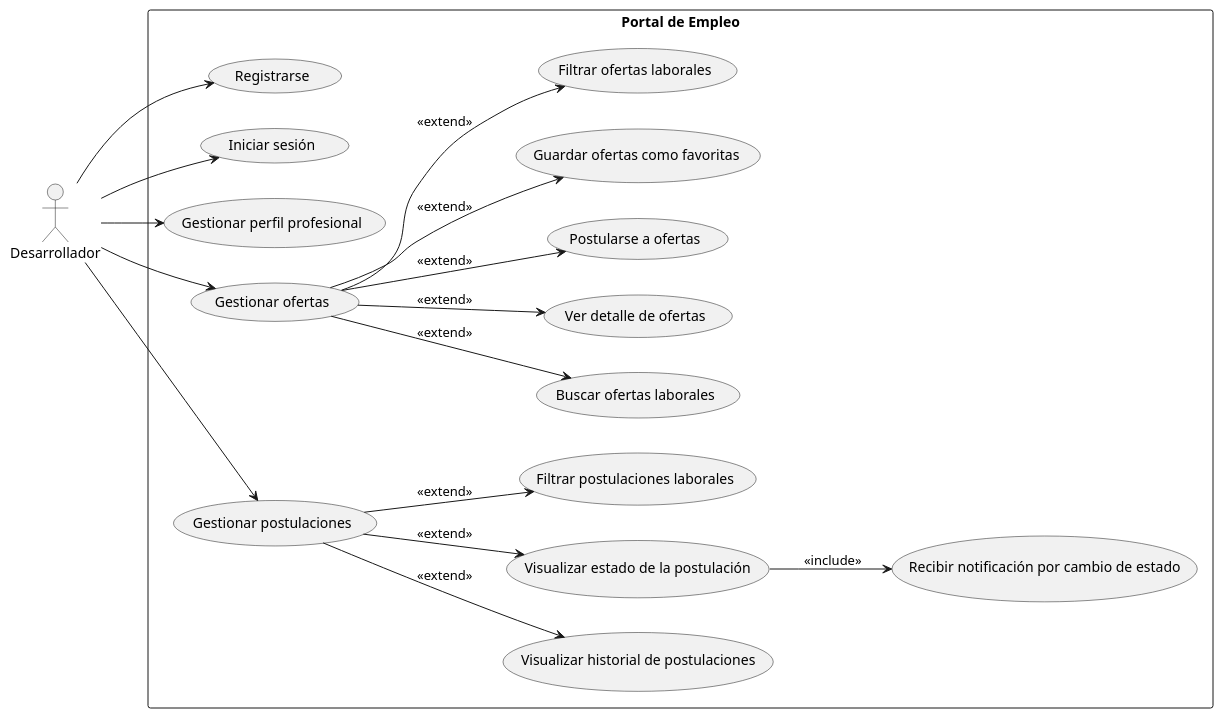
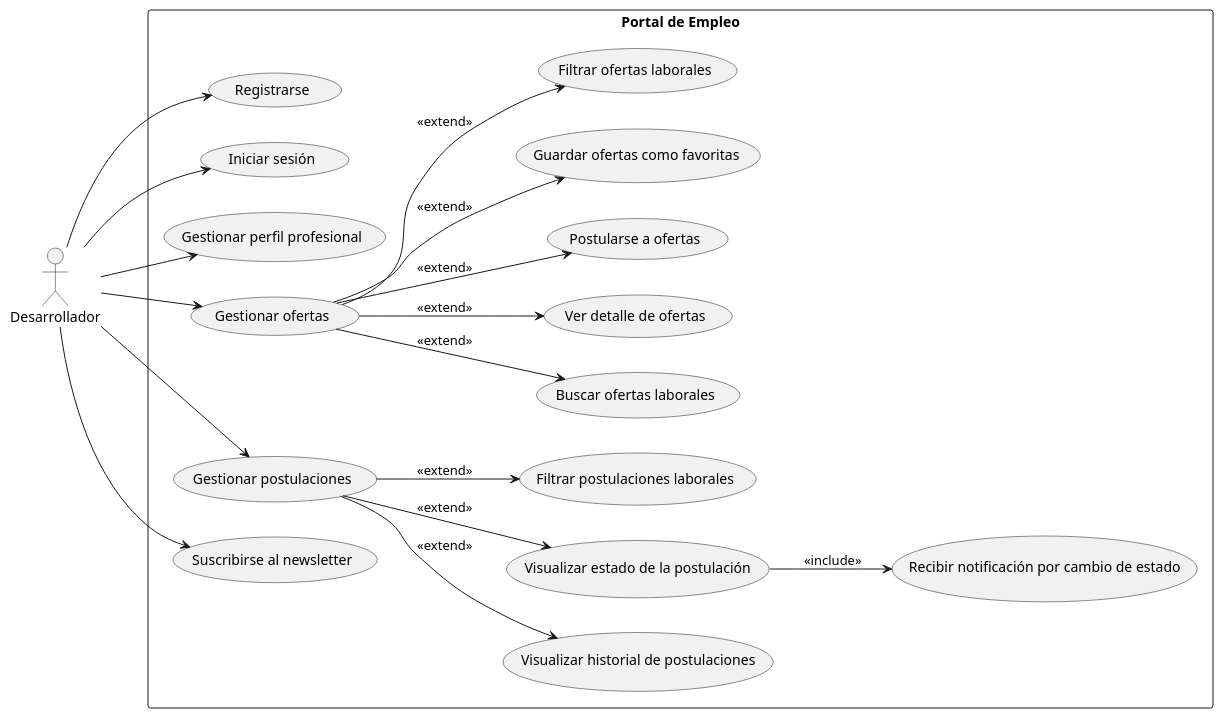
One commit to MiolaTomas/DiagramasUML changed the second of 3 diagrams in Desarrollo Web Tercer Año/casosdeuso.plantuml. Above: the diagram before and after it, drawn with PlantUML. The commit also changed other lines of this file, not shown here.

Commit message:
add suscribirse a newsletter en desarrollador

```diff
--- a/Desarrollo Web Tercer Año/casosdeuso.plantuml
+++ b/Desarrollo Web Tercer Año/casosdeuso.plantuml
@@ -18,41 +18,44 @@
 @startuml Desarrollador_ConGestionarOfertas
 left to right direction
 skinparam packageStyle rectangle
 
 actor Desarrollador
 
 rectangle "Portal de Empleo" {
   (Registrarse) as RegDev
   (Iniciar sesión) as LoginDev
   (Gestionar perfil profesional) as GestionarPerfil
   (Gestionar ofertas) as GestionarOfertas
   (Buscar ofertas laborales) as BuscarOfertas
   (Ver detalle de ofertas) as VerDetalle
   (Postularse a ofertas) as Postularse
   (Guardar ofertas como favoritas) as GuardarFavoritas
   (Gestionar postulaciones) as GestionarPostulaciones
   (Visualizar historial de postulaciones) as VerHistorial
   (Visualizar estado de la postulación) as VerEstado
   (Recibir notificación por cambio de estado) as NotificarCambioEstado
   (Filtrar ofertas laborales) as FiltrarOfertas
   (Filtrar postulaciones laborales) as FiltrarPostulaciones
+  (Suscribirse al newsletter) as SuscribirseNewsletter
+
 
   GestionarOfertas --> BuscarOfertas : <<extend>>
   GestionarOfertas --> VerDetalle : <<extend>>
   GestionarOfertas --> Postularse : <<extend>>
   GestionarOfertas --> GuardarFavoritas : <<extend>>
   GestionarOfertas --> FiltrarOfertas : <<extend>>
 
   GestionarPostulaciones --> VerHistorial : <<extend>>
   GestionarPostulaciones --> VerEstado : <<extend>>
   GestionarPostulaciones --> FiltrarPostulaciones : <<extend>>
 
   VerEstado --> NotificarCambioEstado : <<include>>
 }
 
 Desarrollador --> RegDev
 Desarrollador --> LoginDev
 Desarrollador --> GestionarPerfil
 Desarrollador --> GestionarOfertas
 Desarrollador --> GestionarPostulaciones
+Desarrollador --> SuscribirseNewsletter
 @enduml
```
